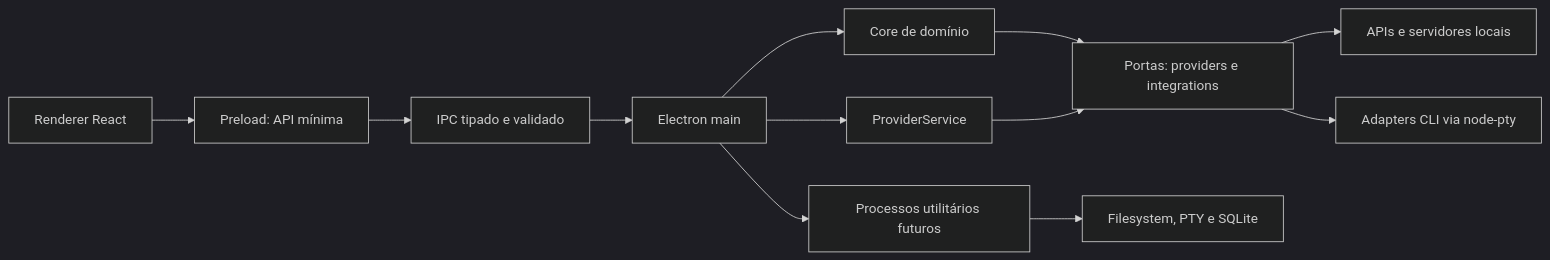
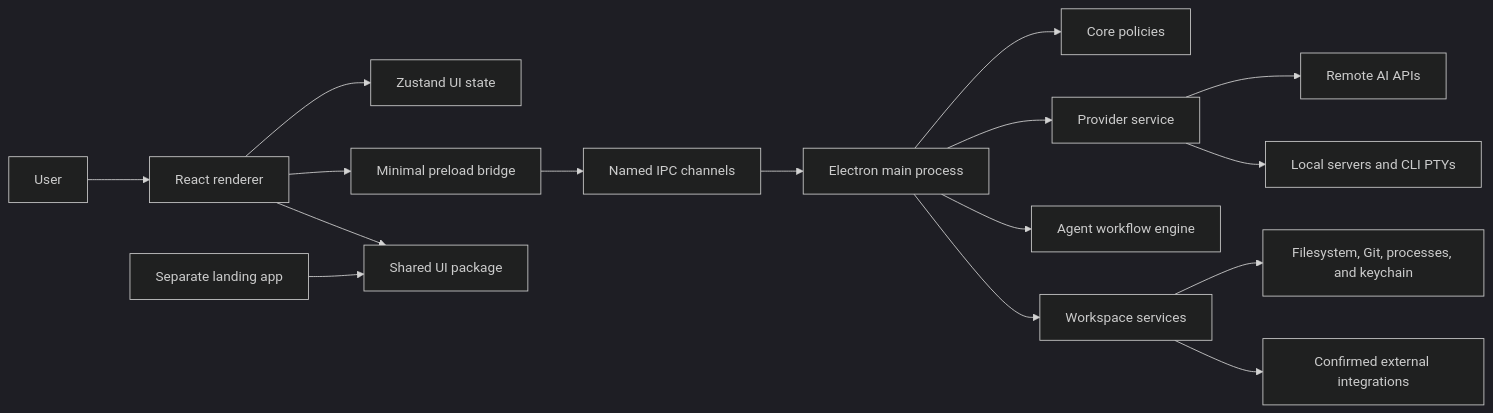
One commit to spxmiguel/visualnscode changed the diagram in docs/architecture.md. Above: the diagram before and after it, drawn with Mermaid (dark theme). The commit also changed other lines of this file and 40 other files, not shown here.

````diff
--- a/docs/architecture.md
+++ b/docs/architecture.md
@@ -13,14 +14,18 @@
 ```mermaid
 flowchart LR
-  UI["Renderer React"] --> PRE["Preload: API mínima"]
-  PRE --> IPC["IPC tipado e validado"]
-  IPC --> MAIN["Electron main"]
-  MAIN --> CORE["Core de domínio"]
-  MAIN --> RUNTIME["ProviderService"]
-  MAIN --> WORKER["Processos utilitários futuros"]
-  CORE --> PORTS["Portas: providers e integrations"]
-  RUNTIME --> PORTS
-  PORTS --> HTTP["APIs e servidores locais"]
-  PORTS --> PTY["Adapters CLI via node-pty"]
-  WORKER --> OS["Filesystem, PTY e SQLite"]
+    User["User"] --> Renderer["React renderer"]
+    Renderer --> Store["Zustand UI state"]
+    Renderer --> Preload["Minimal preload bridge"]
+    Preload --> IPC["Named IPC channels"]
+    IPC --> Main["Electron main process"]
+    Main --> Domain["Core policies"]
+    Main --> ProviderService["Provider service"]
+    Main --> AgentEngine["Agent workflow engine"]
+    Main --> Services["Workspace services"]
+    ProviderService --> API["Remote AI APIs"]
+    ProviderService --> Local["Local servers and CLI PTYs"]
+    Services --> OS["Filesystem, Git, processes, and keychain"]
+    Services --> Deploy["Confirmed external integrations"]
+    Landing["Separate landing app"] --> SharedUI["Shared UI package"]
+    Renderer --> SharedUI
 ```
````
